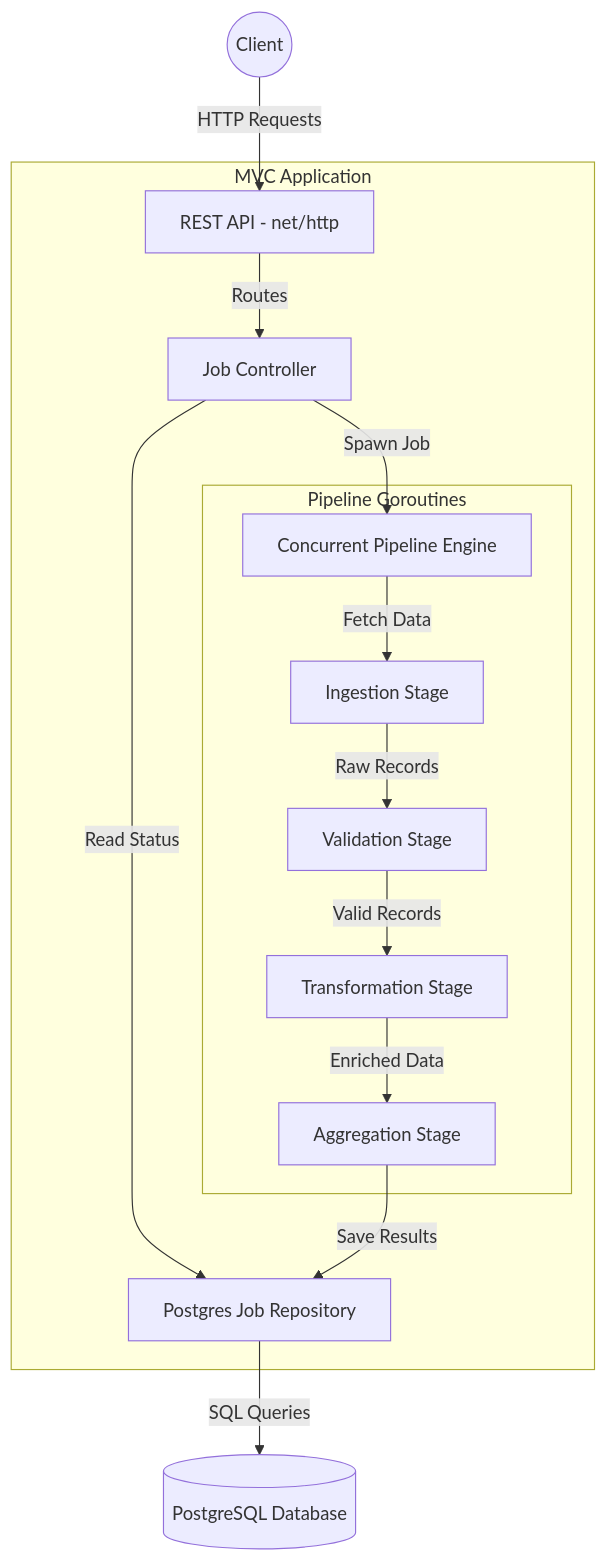
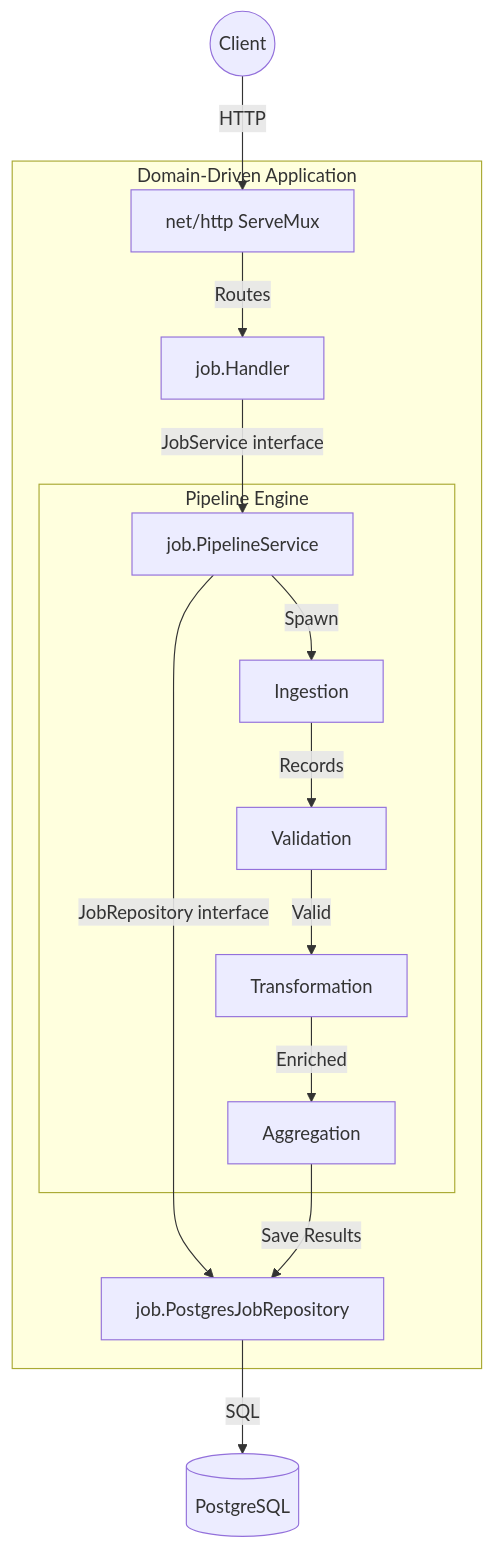
The diagram in README.md (narayan-mindfire/data-processor), drawn with Mermaid before and after one commit. The commit also changed other lines of this file and 1 other file, not shown here.

Commit message:
refactor(docs): update project documentation as per new architecture

````diff
--- a/README.md
+++ b/README.md
@@ -14,20 +28,20 @@
 ```mermaid
 graph TD
-    Client((Client)) -->|HTTP Requests| API[REST API - net/http]
-    
-    subgraph "MVC Application"
-        API -->|Routes| Controller[Job Controller]
-        Controller -->|Read Status| Repo[Postgres Job Repository]
-        Controller -->|Spawn Job| Pipeline[Concurrent Pipeline Engine]
-        
-        subgraph "Pipeline Goroutines"
-            Pipeline -->|Fetch Data| Ingest[Ingestion Stage]
-            Ingest -->|Raw Records| Validate[Validation Stage]
-            Validate -->|Valid Records| Transform[Transformation Stage]
-            Transform -->|Enriched Data| Aggregation[Aggregation Stage]
+    Client((Client)) -->|HTTP| Router["net/http ServeMux"]
+
+    subgraph "Domain-Driven Application"
+        Router -->|Routes| Handler["job.Handler"]
+        Handler -->|"JobService interface"| Service["job.PipelineService"]
+        Service -->|"JobRepository interface"| Repo["job.PostgresJobRepository"]
+
+        subgraph "Pipeline Engine"
+            Service -->|Spawn| Ingest[Ingestion]
+            Ingest -->|Records| Validate[Validation]
+            Validate -->|Valid| Transform[Transformation]
+            Transform -->|Enriched| Aggregate[Aggregation]
         end
     end
-    
-    Repo -->|SQL Queries| DB[(PostgreSQL Database)]
-    Aggregation -->|Save Results| Repo
+
+    Repo -->|SQL| DB[(PostgreSQL)]
+    Aggregate -->|Save Results| Repo
 ```
````
